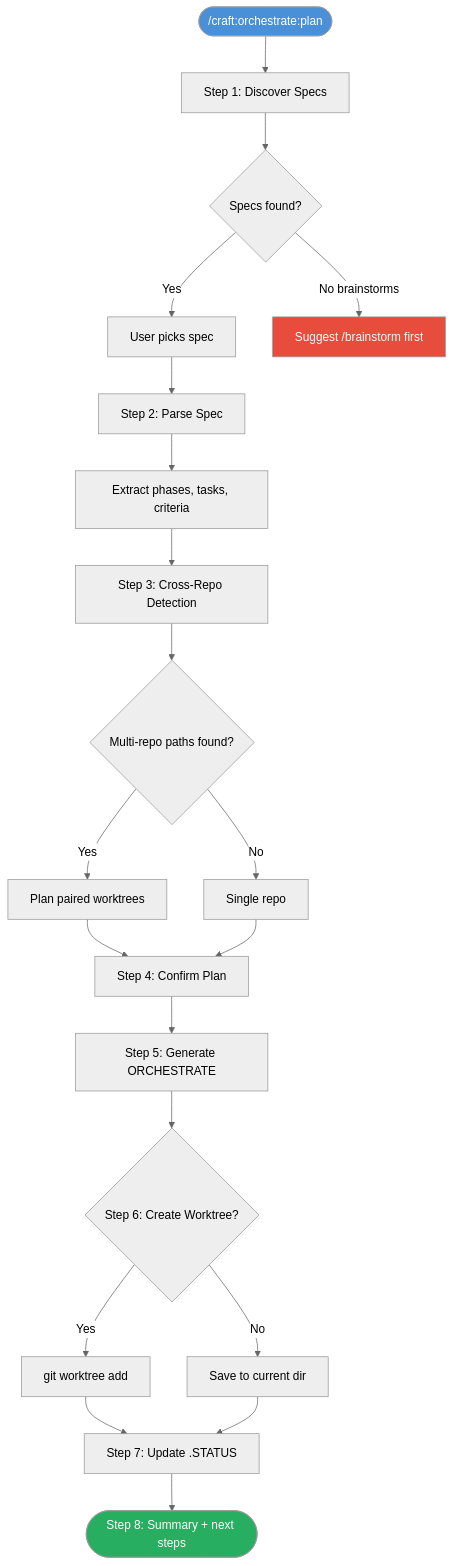
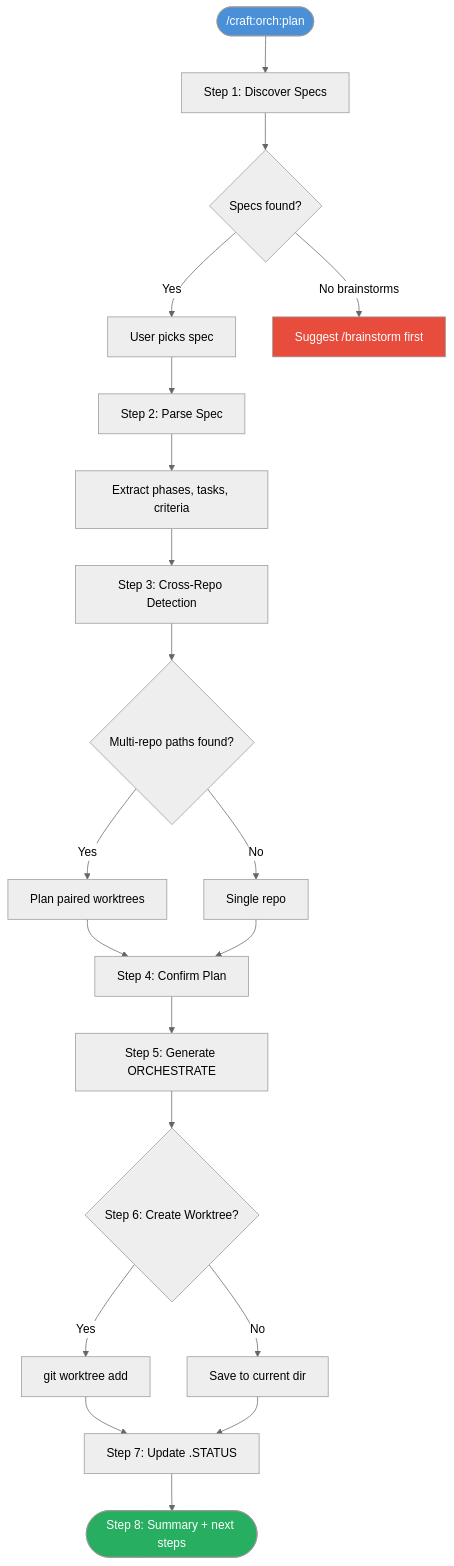
The first of 2 diagrams in docs/guide/pipeline-orchestrate-guide.md (Data-Wise/craft), drawn with Mermaid (neutral theme) before and after one commit. The commit also changed other lines of this file and 98 other files, not shown here.

````diff
--- a/docs/guide/pipeline-orchestrate-guide.md
+++ b/docs/guide/pipeline-orchestrate-guide.md
@@ -84,31 +84,31 @@
 ```mermaid
 flowchart TD
-    Start(["/craft:orchestrate:plan"]) --> D[Step 1: Discover Specs]
+    Start(["/craft:orch:plan"]) --> D[Step 1: Discover Specs]
     D --> D1{Specs found?}
     D1 -->|Yes| Choose[User picks spec]
     D1 -->|No brainstorms| Err[Suggest /brainstorm first]
 
     Choose --> Parse[Step 2: Parse Spec]
     Parse --> P1[Extract phases, tasks, criteria]
 
     P1 --> Cross[Step 3: Cross-Repo Detection]
     Cross --> C1{Multi-repo paths found?}
     C1 -->|Yes| Paired[Plan paired worktrees]
     C1 -->|No| Single[Single repo]
 
     Paired --> Confirm[Step 4: Confirm Plan]
     Single --> Confirm
 
     Confirm --> Gen[Step 5: Generate ORCHESTRATE]
     Gen --> WT{Step 6: Create Worktree?}
     WT -->|Yes| Create[git worktree add]
     WT -->|No| Skip[Save to current dir]
 
     Create --> Track[Step 7: Update .STATUS]
     Skip --> Track
     Track --> Done([Step 8: Summary + next steps])
 
     style Start fill:#4A90D9,color:#fff
     style Done fill:#27AE60,color:#fff
     style Err fill:#E74C3C,color:#fff
 ```
````
